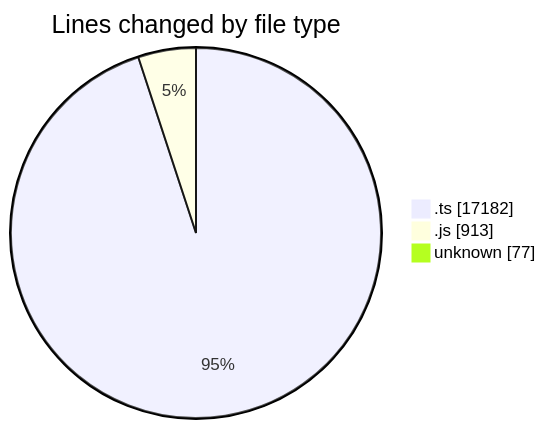
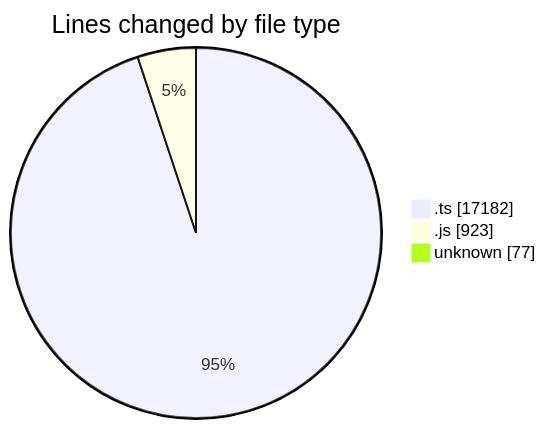
Before and after one commit to momahboobian/code-tracking: the first of 2 diagrams in 2026-02-03/cda/README.md, drawn with Mermaid. The commit also changed other lines of this file and 1 other file, not shown here.

````diff
--- a/2026-02-03/cda/README.md
+++ b/2026-02-03/cda/README.md
@@ -25,7 +25,7 @@
 ```mermaid
 pie showData
 title Lines changed by file type
 ".ts" : 17182
-".js" : 913
+".js" : 923
 "unknown" : 77
 ```
````
